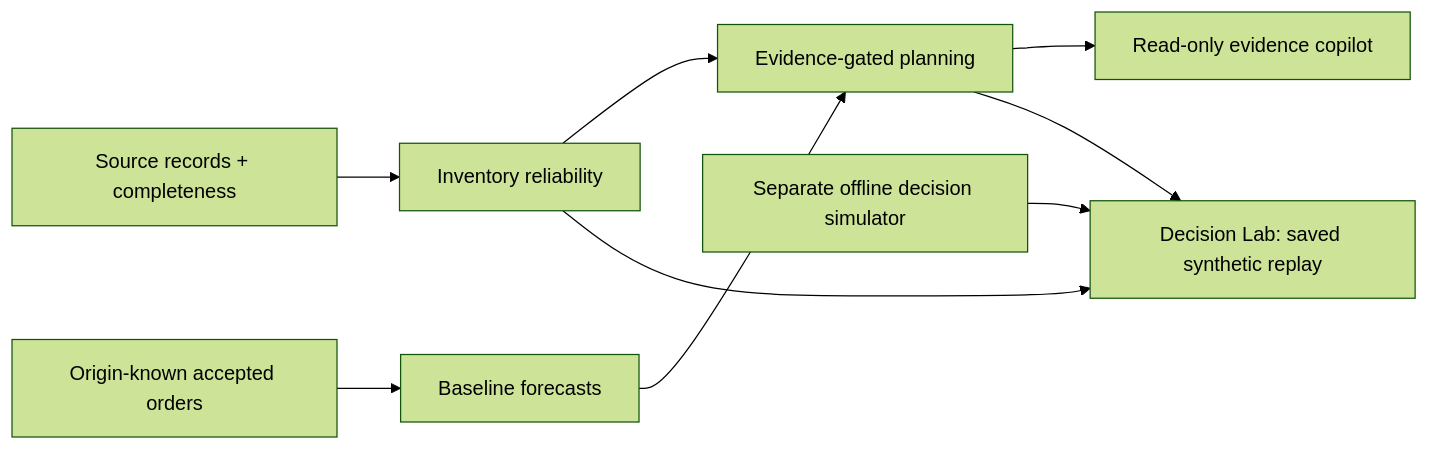
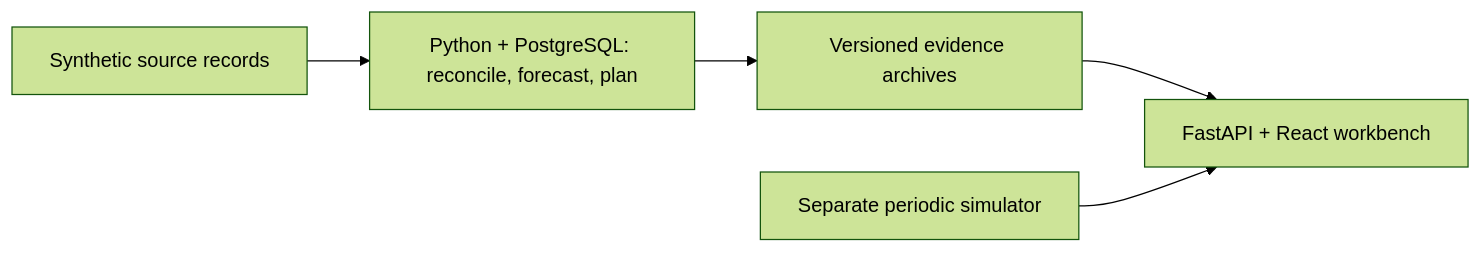
The diagram in README.md (daniel-li2021/inventory-intelligence), drawn with Mermaid (forest theme) before and after one commit. The commit also changed other lines of this file and 2 other files, not shown here.

````diff
--- a/README.md
+++ b/README.md
@@ -37,11 +42,7 @@
 ```mermaid
 flowchart LR
-  S[Source records + completeness] --> R[Inventory reliability]
-  D[Origin-known accepted orders] --> F[Baseline forecasts]
-  R --> P[Evidence-gated planning]
-  F --> P
-  P --> C[Read-only evidence copilot]
-  R --> L[Decision Lab: saved synthetic replay]
-  P --> L
-  B[Separate offline decision simulator] --> L
+  S[Synthetic source records] --> K[Python + PostgreSQL: reconcile, forecast, plan]
+  K --> E[Versioned evidence archives]
+  E --> W[FastAPI + React workbench]
+  M[Separate periodic simulator] --> W
 ```
````
